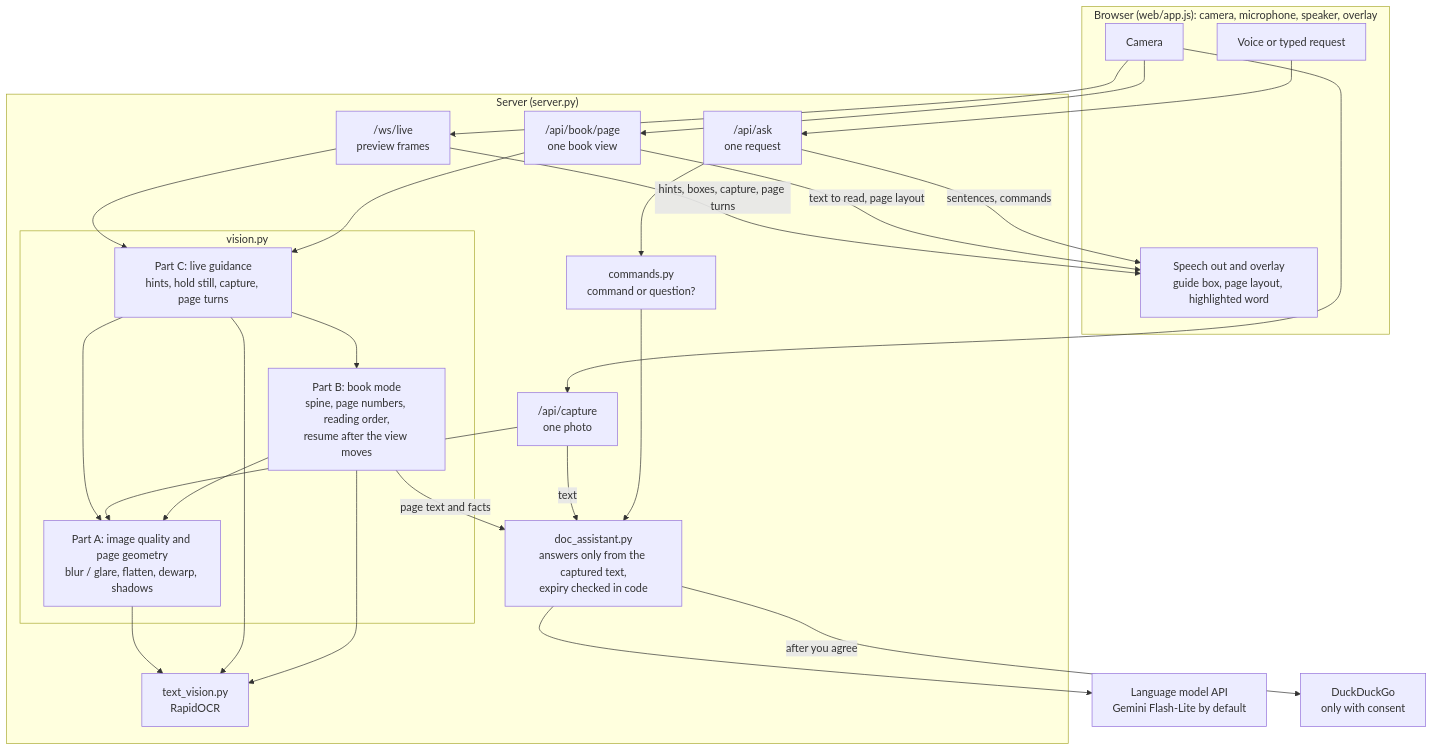
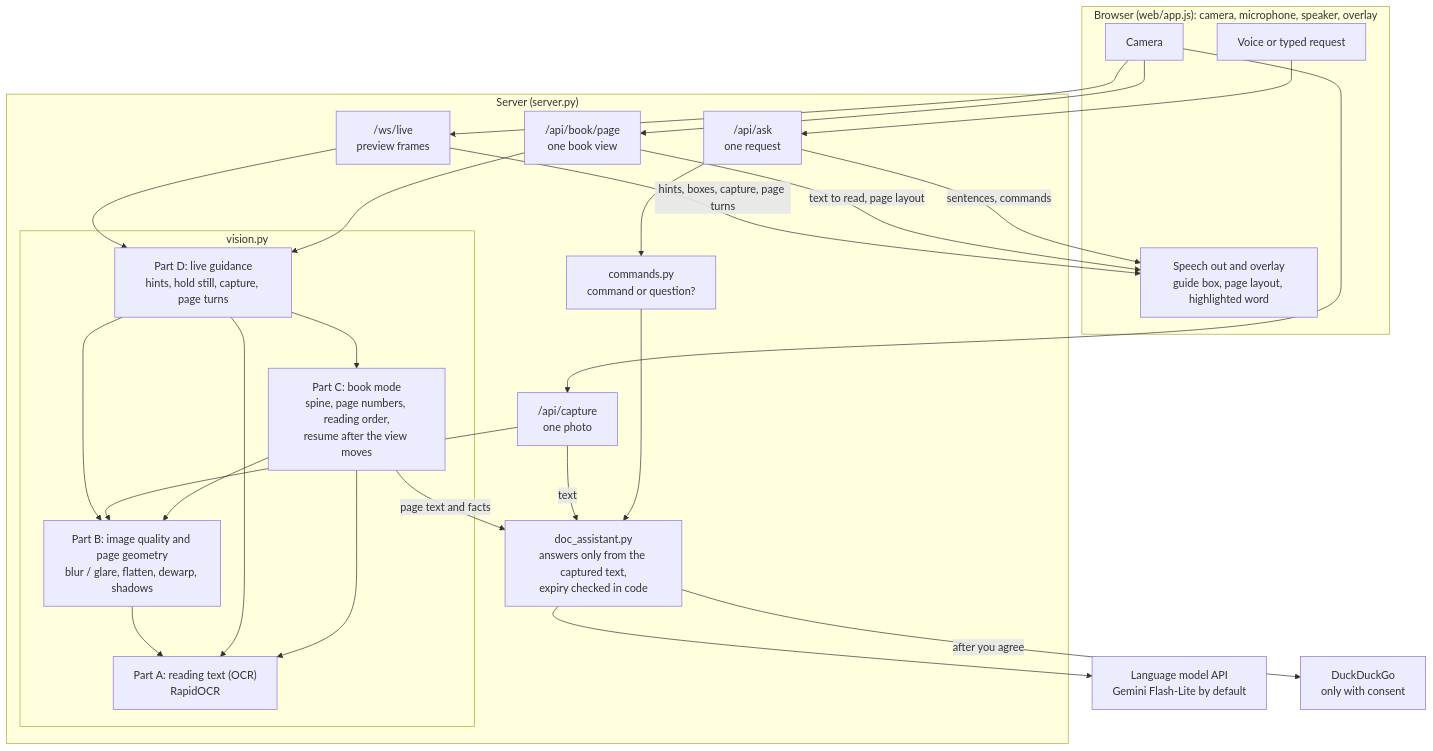
One commit to neerajprao/Helping_Eyes-main changed the first of 2 diagrams in README.md. Above: the diagram before and after it, drawn with Mermaid. The commit also changed other lines of this file and 16 other files, not shown here.

````diff
--- a/README.md
+++ b/README.md
@@ -77,53 +77,53 @@
 ```mermaid
 flowchart TB
     subgraph BR["Browser (web/app.js): camera, microphone, speaker, overlay"]
         CAM[Camera]
         MIC[Voice or typed request]
         OUT[Speech out and overlay<br/>guide box, page layout, highlighted word]
     end
 
     subgraph SV["Server (server.py)"]
         WS["/ws/live<br/>preview frames"]
         CAP["/api/capture<br/>one photo"]
         BK["/api/book/page<br/>one book view"]
         ASK["/api/ask<br/>one request"]
         CMD["commands.py<br/>command or question?"]
 
         subgraph VIS["vision.py"]
-            PC["Part C: live guidance<br/>hints, hold still, capture, page turns"]
-            PB["Part B: book mode<br/>spine, page numbers, reading order,<br/>resume after the view moves"]
-            PA["Part A: image quality and page geometry<br/>blur / glare, flatten, dewarp, shadows"]
+            LIVE["Part D: live guidance<br/>hints, hold still, capture, page turns"]
+            BOOKM["Part C: book mode<br/>spine, page numbers, reading order,<br/>resume after the view moves"]
+            QUAL["Part B: image quality and page geometry<br/>blur / glare, flatten, dewarp, shadows"]
+            OCRP["Part A: reading text (OCR)<br/>RapidOCR"]
         end
 
-        OCR["text_vision.py<br/>RapidOCR"]
         DA["doc_assistant.py<br/>answers only from the captured text,<br/>expiry checked in code"]
     end
 
     LLM[Language model API<br/>Gemini Flash-Lite by default]
     WEB[DuckDuckGo<br/>only with consent]
 
     CAM --> WS
     CAM --> CAP
     CAM --> BK
     MIC --> ASK
 
-    WS --> PC
-    BK --> PC
-    PC --> PB
-    PC --> PA
-    CAP --> PA
-    PB --> PA
-    PA --> OCR
-    PC --> OCR
-    PB --> OCR
-    PB -- page text and facts --> DA
+    WS --> LIVE
+    BK --> LIVE
+    LIVE --> BOOKM
+    LIVE --> QUAL
+    CAP --> QUAL
+    BOOKM --> QUAL
+    QUAL --> OCRP
+    LIVE --> OCRP
+    BOOKM --> OCRP
+    BOOKM -- page text and facts --> DA
     CAP -- text --> DA
     ASK --> CMD
     CMD --> DA
     DA --> LLM
     DA -- after you agree --> WEB
 
     WS -- hints, boxes, capture, page turns --> OUT
     BK -- text to read, page layout --> OUT
     ASK -- sentences, commands --> OUT
 ```
````
